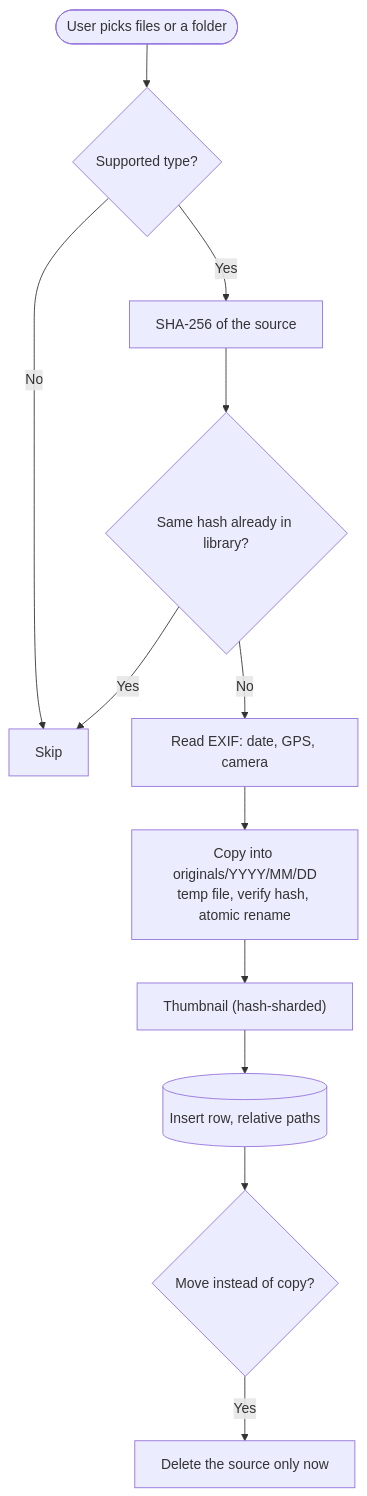
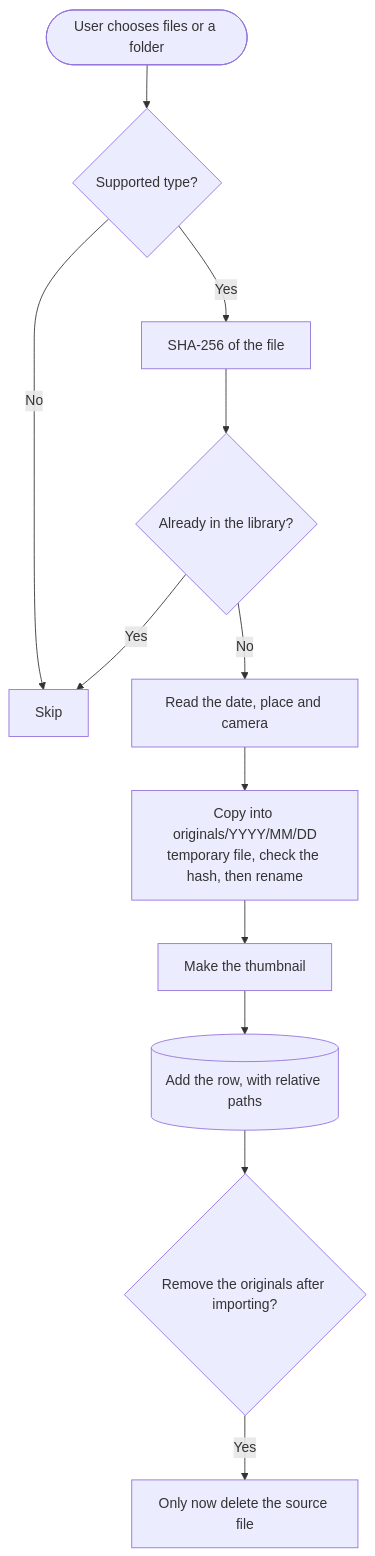
One commit to SumitKanchan4/SecurePhotos changed the second of 6 diagrams in docs/architecture.md. Above: the diagram before and after it, drawn with Mermaid. The commit also changed other lines of this file and 10 other files, not shown here.

````diff
--- a/docs/architecture.md
+++ b/docs/architecture.md
@@ -75,14 +74,14 @@
 ```mermaid
 flowchart TD
-    Pick([User picks files or a folder]) --> Ext{Supported type?}
+    Pick([User chooses files or a folder]) --> Ext{Supported type?}
     Ext -- No --> Skip[Skip]
-    Ext -- Yes --> Hash[SHA-256 of the source]
-    Hash --> Dup{Same hash already in library?}
+    Ext -- Yes --> Hash[SHA-256 of the file]
+    Hash --> Dup{Already in the library?}
     Dup -- Yes --> Skip
-    Dup -- No --> Meta[Read EXIF: date, GPS, camera]
-    Meta --> Copy["Copy into originals/YYYY/MM/DD<br/>temp file, verify hash, atomic rename"]
-    Copy --> Thumb["Thumbnail (hash-sharded)"]
-    Thumb --> Row[(Insert row, relative paths)]
-    Row --> Optional{Move instead of copy?}
-    Optional -- Yes --> DelSrc[Delete the source only now]
+    Dup -- No --> Meta[Read the date, place and camera]
+    Meta --> Copy["Copy into originals/YYYY/MM/DD<br/>temporary file, check the hash, then rename"]
+    Copy --> Thumb[Make the thumbnail]
+    Thumb --> Row[(Add the row, with relative paths)]
+    Row --> Move{Remove the originals after importing?}
+    Move -- Yes --> DelSrc[Only now delete the source file]
 ```
````
